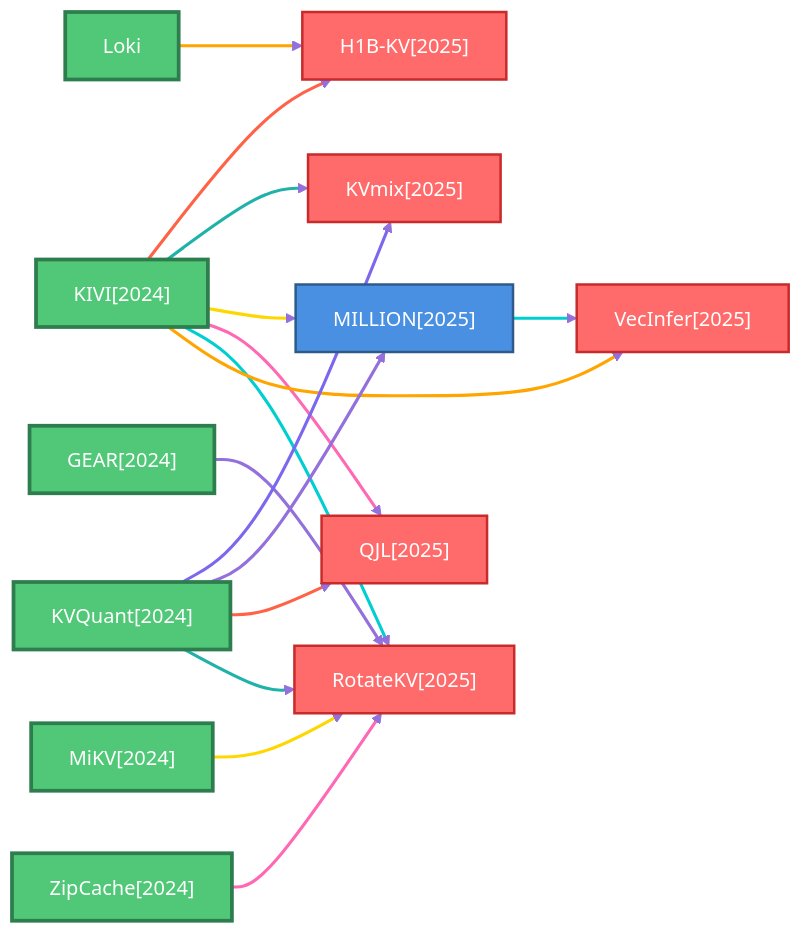
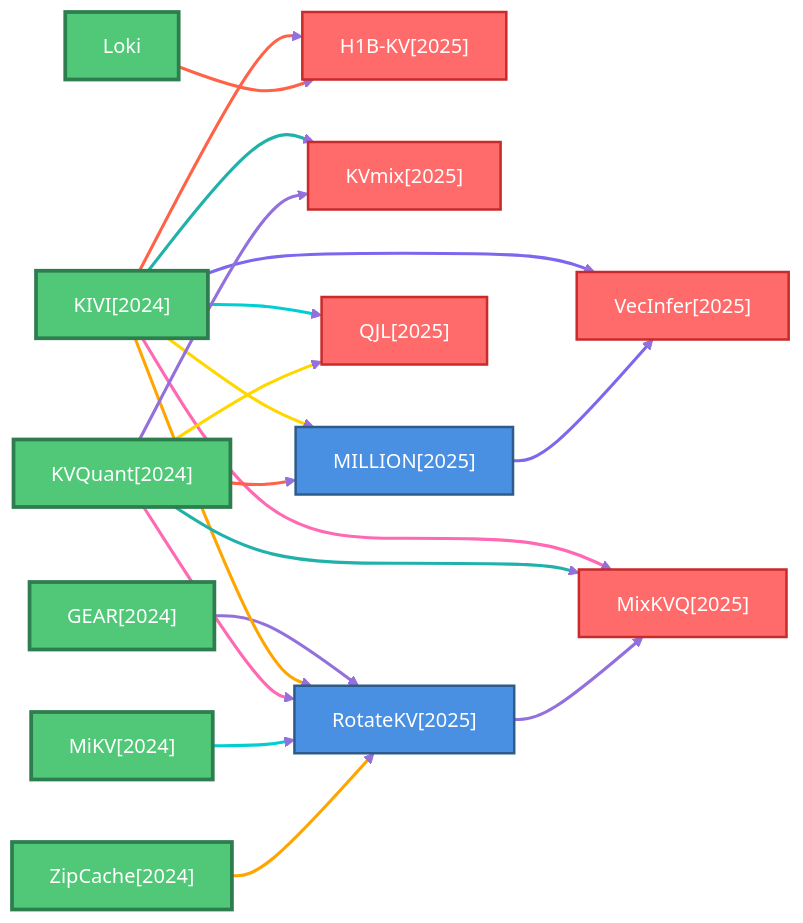
Before and after one commit to hustzxd/EfficientPaper: the second of 8 diagrams in docs/baseline_methods_graph.md, drawn with Mermaid. The commit also changed other lines of this file and 196 other files, not shown here.

````diff
--- a/docs/baseline_methods_graph.md
+++ b/docs/baseline_methods_graph.md
@@ -149,63 +155,71 @@
 ```mermaid
 flowchart LR
     classDef defaultNode fill:#4A90E2,stroke:#2E5C8A,stroke-width:2px,color:#fff
     classDef rootNode fill:#50C878,stroke:#2E7D4E,stroke-width:3px,color:#fff
     classDef leafNode fill:#FF6B6B,stroke:#C92A2A,stroke-width:2px,color:#fff
     linkStyle default stroke:#9370DB,stroke-width:2px
 
     2024_GEAR["GEAR[2024]"]
     class 2024_GEAR rootNode
     2024_KIVI["KIVI[2024]"]
     class 2024_KIVI rootNode
     2024_KVQuant["KVQuant[2024]"]
     class 2024_KVQuant rootNode
     2024_MiKV["MiKV[2024]"]
     class 2024_MiKV rootNode
     2024_ZipCache["ZipCache[2024]"]
     class 2024_ZipCache rootNode
     2025_H1B_KV["H1B-KV[2025]"]
     class 2025_H1B_KV leafNode
     2025_KVmix["KVmix[2025]"]
     class 2025_KVmix leafNode
     2025_MILLION["MILLION[2025]"]
     class 2025_MILLION defaultNode
+    2025_MixKVQ["MixKVQ[2025]"]
+    class 2025_MixKVQ leafNode
     2025_QJL["QJL[2025]"]
     class 2025_QJL leafNode
     2025_RotateKV["RotateKV[2025]"]
-    class 2025_RotateKV leafNode
+    class 2025_RotateKV defaultNode
     2025_VecInfer["VecInfer[2025]"]
     class 2025_VecInfer leafNode
     Loki["Loki"]
     class Loki rootNode
 
     2024_GEAR ==>|" "| 2025_RotateKV
     linkStyle 0 stroke:#9370DB,stroke-width:2.5px
     2024_KIVI ==>|" "| 2025_H1B_KV
     linkStyle 1 stroke:#FF6347,stroke-width:2.5px
     2024_KIVI ==>|" "| 2025_KVmix
     linkStyle 2 stroke:#20B2AA,stroke-width:2.5px
     2024_KIVI ==>|" "| 2025_MILLION
     linkStyle 3 stroke:#FFD700,stroke-width:2.5px
+    2024_KIVI ==>|" "| 2025_MixKVQ
+    linkStyle 4 stroke:#FF69B4,stroke-width:2.5px
     2024_KIVI ==>|" "| 2025_QJL
-    linkStyle 4 stroke:#FF69B4,stroke-width:2.5px
+    linkStyle 5 stroke:#00CED1,stroke-width:2.5px
     2024_KIVI ==>|" "| 2025_RotateKV
-    linkStyle 5 stroke:#00CED1,stroke-width:2.5px
+    linkStyle 6 stroke:#FFA500,stroke-width:2.5px
     2024_KIVI ==>|" "| 2025_VecInfer
-    linkStyle 6 stroke:#FFA500,stroke-width:2.5px
+    linkStyle 7 stroke:#7B68EE,stroke-width:2.5px
     2024_KVQuant ==>|" "| 2025_KVmix
-    linkStyle 7 stroke:#7B68EE,stroke-width:2.5px
+    linkStyle 8 stroke:#9370DB,stroke-width:2.5px
     2024_KVQuant ==>|" "| 2025_MILLION
-    linkStyle 8 stroke:#9370DB,stroke-width:2.5px
+    linkStyle 9 stroke:#FF6347,stroke-width:2.5px
+    2024_KVQuant ==>|" "| 2025_MixKVQ
+    linkStyle 10 stroke:#20B2AA,stroke-width:2.5px
     2024_KVQuant ==>|" "| 2025_QJL
-    linkStyle 9 stroke:#FF6347,stroke-width:2.5px
+    linkStyle 11 stroke:#FFD700,stroke-width:2.5px
     2024_KVQuant ==>|" "| 2025_RotateKV
-    linkStyle 10 stroke:#20B2AA,stroke-width:2.5px
+    linkStyle 12 stroke:#FF69B4,stroke-width:2.5px
     2024_MiKV ==>|" "| 2025_RotateKV
-    linkStyle 11 stroke:#FFD700,stroke-width:2.5px
+    linkStyle 13 stroke:#00CED1,stroke-width:2.5px
     2024_ZipCache ==>|" "| 2025_RotateKV
-    linkStyle 12 stroke:#FF69B4,stroke-width:2.5px
+    linkStyle 14 stroke:#FFA500,stroke-width:2.5px
     2025_MILLION ==>|" "| 2025_VecInfer
-    linkStyle 13 stroke:#00CED1,stroke-width:2.5px
+    linkStyle 15 stroke:#7B68EE,stroke-width:2.5px
+    2025_RotateKV ==>|" "| 2025_MixKVQ
+    linkStyle 16 stroke:#9370DB,stroke-width:2.5px
     Loki ==>|" "| 2025_H1B_KV
-    linkStyle 14 stroke:#FFA500,stroke-width:2.5px
+    linkStyle 17 stroke:#FF6347,stroke-width:2.5px
 ```
````
